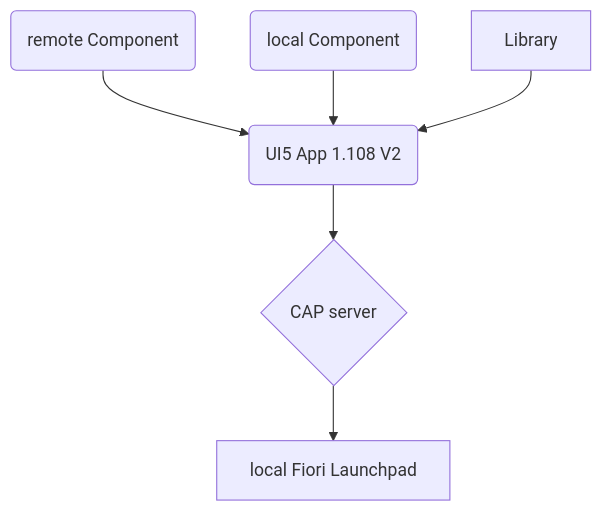
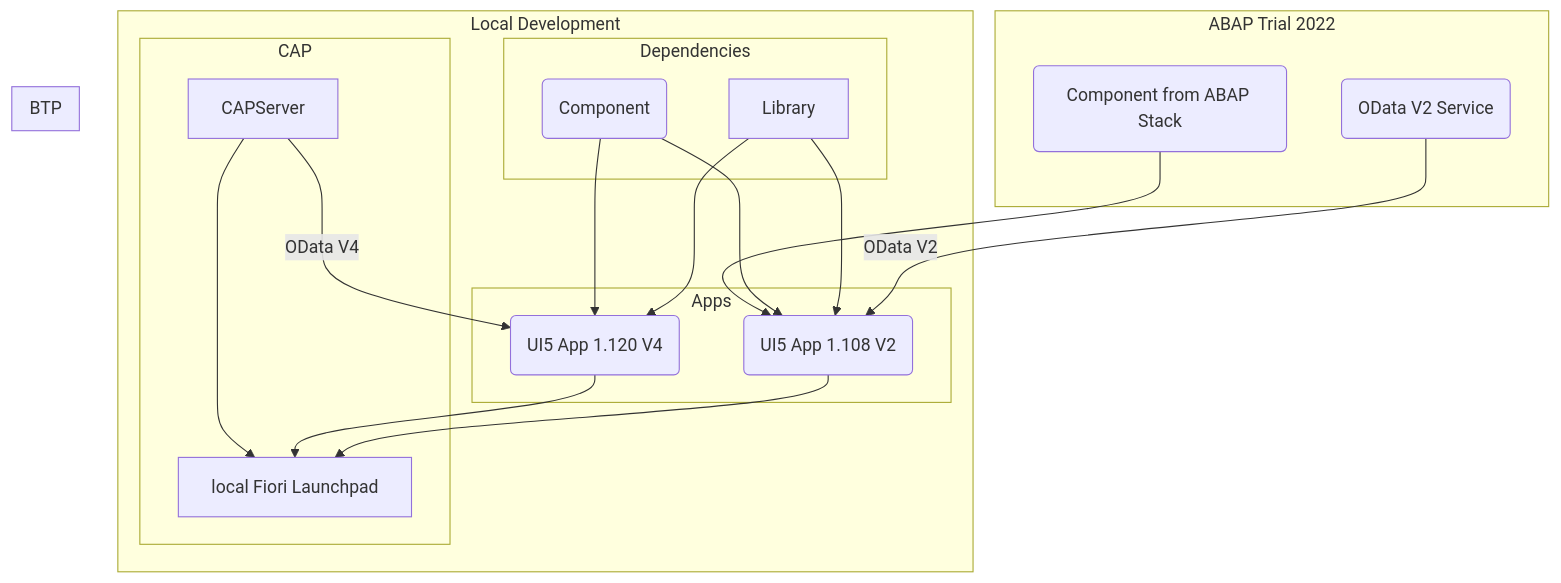
One commit to marianfoo/ui5con24-dev-env changed the first of 2 diagrams in README.md. Above: the diagram before and after it, drawn with Mermaid. The commit also changed other lines of this file and 45 other files, not shown here.

Commit message:
feat: add working abap ui5 app

````diff
--- a/README.md
+++ b/README.md
@@ -20,10 +20,37 @@
 ```mermaid
 
+
 flowchart TD
-    remoteComponent(remote Component) -->UI5App1
-    localComponent(local Component) -->UI5App1
-    Library -->UI5App1(UI5 App 1.108 V2)
-    UI5App1 --> CAP{CAP server}
-    CAP -->FLP[local Fiori Launchpad]
+    subgraph abap [ABAP Trial 2022]
+      ComponentExt(Component from ABAP Stack)
+      ODataV2(OData V2 Service)
+    end
+    subgraph local [Local Development]
+      subgraph deps [Dependencies]
+        Library
+        localComponent
+      end
+      subgraph apps [Apps]
+        UI5App1
+        UI5AppABAP
+      end
+      subgraph CAP
+        CAPServer
+        FLP
+      end
+      ComponentExt --> UI5AppABAP
+      localComponent(Component) -->UI5AppABAP
+      localComponent(Component) -->UI5App1
+      Library -->UI5App1(UI5 App 1.120 V4)
+      Library -->UI5AppABAP(UI5 App 1.108 V2)
+      CAPServer --> |OData V4| UI5App1
+      ODataV2 --> |OData V2| UI5AppABAP
+      CAPServer -->FLP[local Fiori Launchpad]
+      UI5App1 -->FLP
+      UI5AppABAP -->FLP
+    end
+    subgraph btp [BTP]
+    end
+
 
 ```
````
